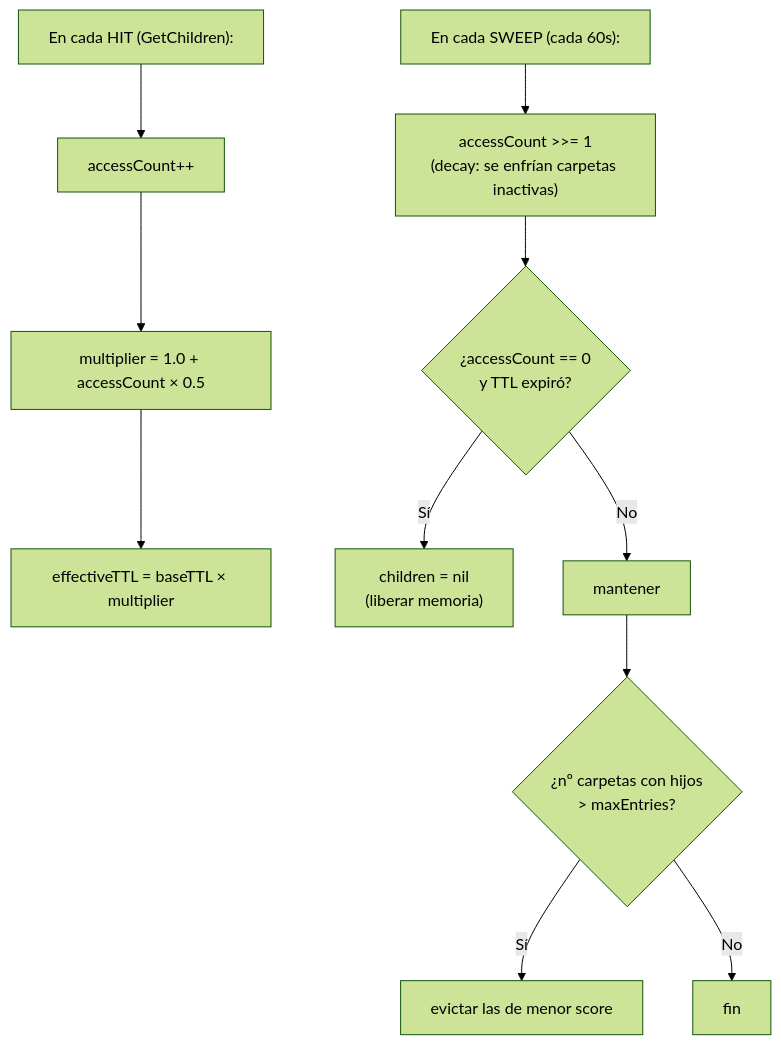
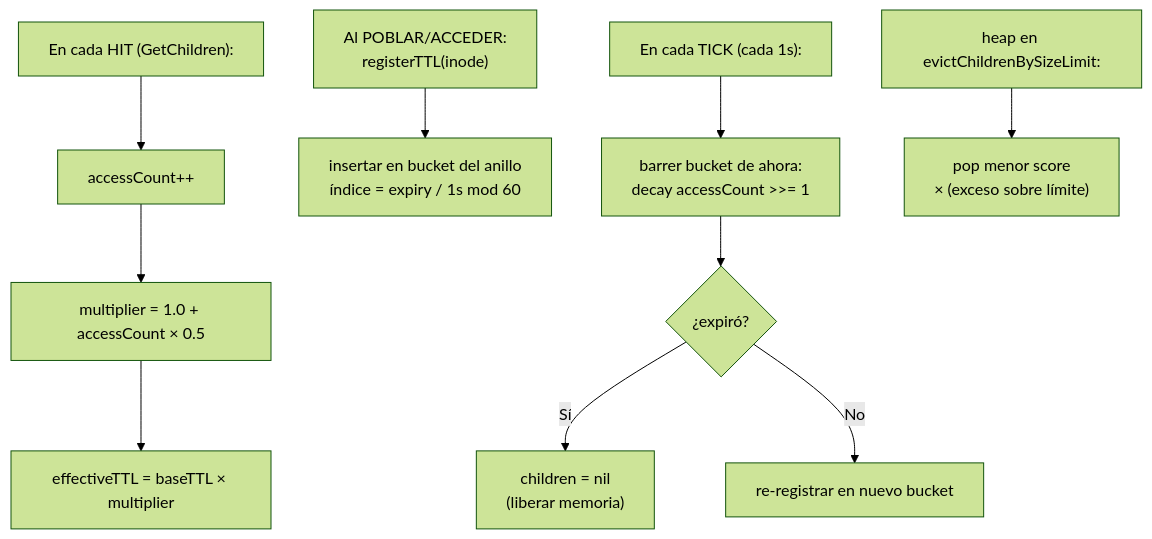
Before and after one commit to FROSADO/onecloudriver: the third of 5 diagrams in docs/ARQUITECTURA.es.md, drawn with Mermaid (forest theme). The commit also changed other lines of this file and 41 other files, not shown here.

First line of the commit message:
perf(fs): time-bucketed TTL sweep + size-eviction heap (Closes #66) (#139)

````diff
--- a/docs/ARQUITECTURA.es.md
+++ b/docs/ARQUITECTURA.es.md
@@ -94,14 +94,15 @@
 ```mermaid
 flowchart TD
     HIT["En cada HIT (GetChildren):"] --> AC["accessCount++"]
     AC --> MUL["multiplier = 1.0 + accessCount × 0.5"]
     MUL --> EFF["effectiveTTL = baseTTL × multiplier"]
 
-    SWEEP["En cada SWEEP (cada 60s):"] --> DECAY["accessCount >>= 1<br/>(decay: se enfrían carpetas inactivas)"]
-    DECAY --> CHECK{"¿accessCount == 0<br/>y TTL expiró?"}
-    CHECK -->|Sí| FREE["children = nil<br/>(liberar memoria)"]
-    CHECK -->|No| KEEP["mantener"]
-    KEEP --> LIMIT{"¿nº carpetas con hijos<br/>> maxEntries?"}
-    LIMIT -->|Sí| EVICT["evictar las de menor score"]
-    LIMIT -->|No| DONE["fin"]
+    REG["Al POBLAR/ACCEDER:<br/>registerTTL(inode)"] --> BUCKET["insertar en bucket del anillo<br/>índice = expiry / 1s mod 60"]
+
+    TICK["En cada TICK (cada 1s):"] --> SWEEP["barrer bucket de ahora:<br/>decay accessCount >>= 1"]
+    SWEEP --> FRESH{"¿expiró?"}
+    FRESH -->|Sí| FREE["children = nil<br/>(liberar memoria)"]
+    FRESH -->|No| REKEY["re-registrar en nuevo bucket"]
+
+    SIZE["heap en evictChildrenBySizeLimit:"] --> POP["pop menor score<br/>× (exceso sobre límite)"]
 ```
````
